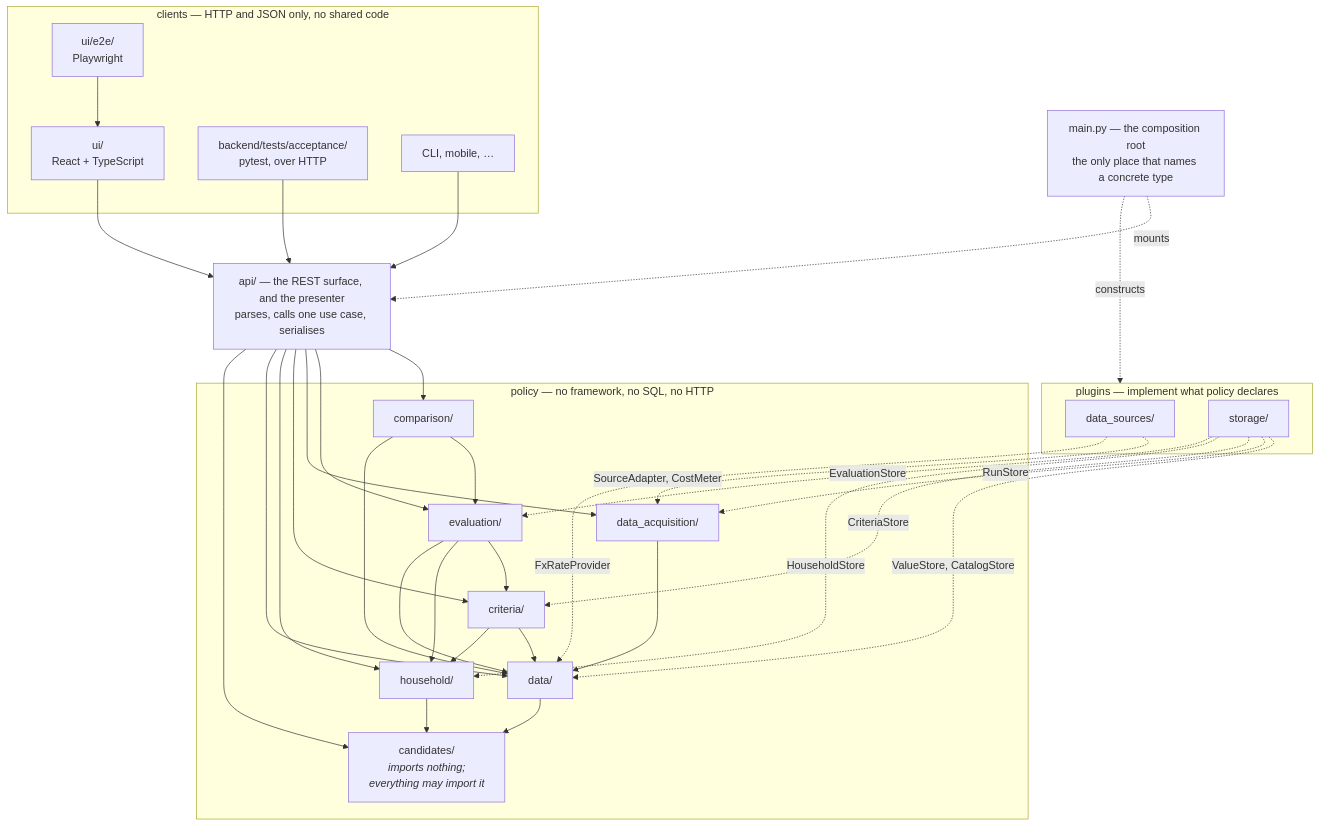
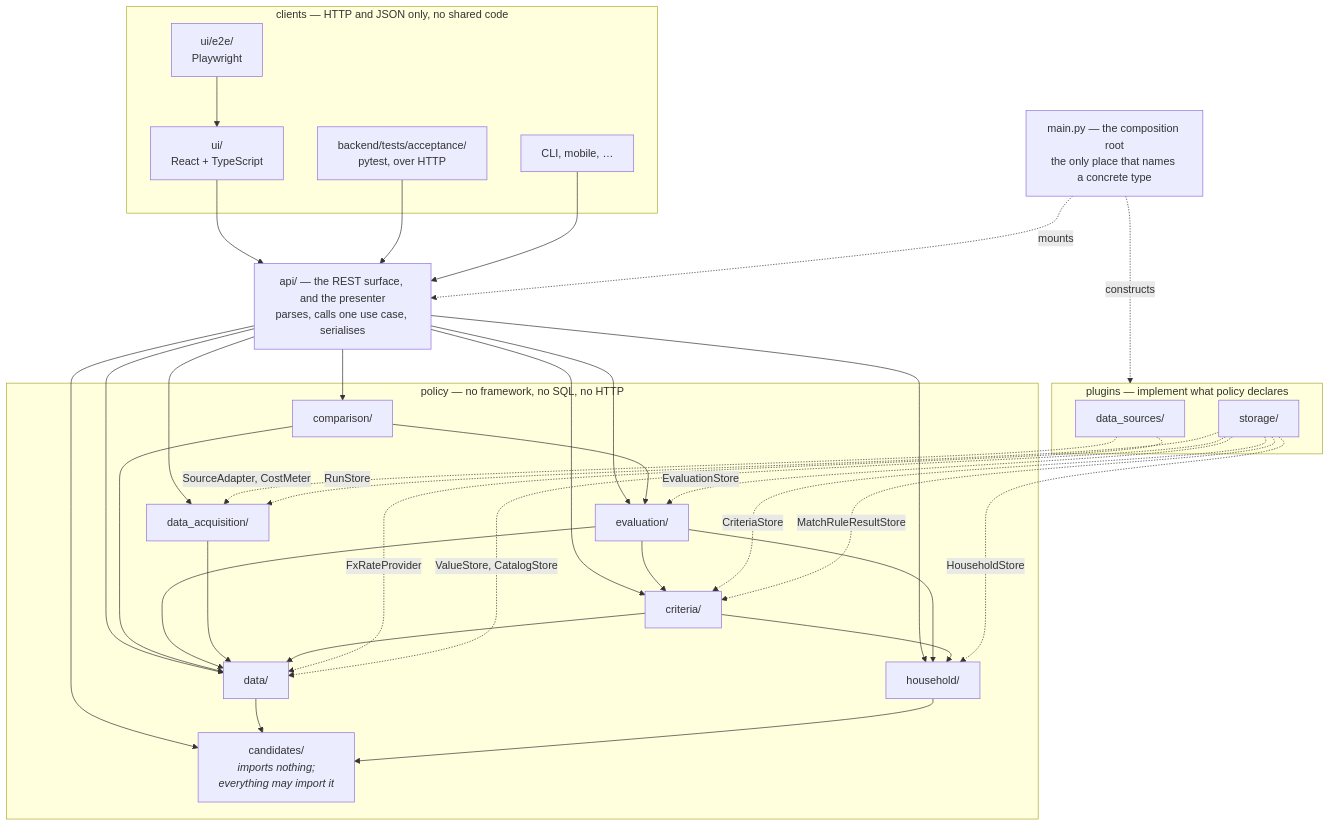
The diagram in docs/arch.md (alexmstancu/starnest), drawn with Mermaid before and after one commit. The commit also changed other lines of this file and 6 other files, not shown here.

````diff
--- a/docs/arch.md
+++ b/docs/arch.md
@@ -562,63 +562,64 @@
 ```mermaid
 flowchart TD
     subgraph clients["clients — HTTP and JSON only, no shared code"]
         browser["ui/<br/>React + TypeScript"]
         acceptance["backend/tests/acceptance/<br/>pytest, over HTTP"]
         e2e["ui/e2e/<br/>Playwright"]
         future["CLI, mobile, …"]
     end
 
     api["api/ — the REST surface, and the presenter<br/>parses, calls one use case, serialises"]
 
     subgraph policy["policy — no framework, no SQL, no HTTP"]
         comparison["comparison/"]
         evaluation["evaluation/"]
         data_acquisition["data_acquisition/"]
         criteria["criteria/"]
         household["household/"]
         data["data/"]
         candidates["candidates/<br/><i>imports nothing;<br/>everything may import it</i>"]
     end
 
     subgraph plugins["plugins — implement what policy declares"]
         data_sources["data_sources/"]
         storage["storage/"]
     end
 
     main["main.py — the composition root<br/>the only place that names a concrete type"]
 
     browser --> api
     acceptance --> api
     e2e --> browser
     future --> api
 
     api --> comparison
     api --> evaluation
     api --> data_acquisition
     api --> criteria
     api --> household
     api --> data
     api --> candidates
 
     comparison --> evaluation
     comparison --> data
     evaluation --> criteria
     evaluation --> household
     evaluation --> data
     data_acquisition --> data
     criteria --> data
     criteria --> household
     data --> candidates
     household --> candidates
 
     data_sources -. "SourceAdapter, CostMeter" .-> data_acquisition
     data_sources -. FxRateProvider .-> data
     storage -. "ValueStore, CatalogStore" .-> data
     storage -. RunStore .-> data_acquisition
     storage -. CriteriaStore .-> criteria
     storage -. HouseholdStore .-> household
     storage -. EvaluationStore .-> evaluation
+    storage -. MatchRuleResultStore .-> criteria
 
     main -. constructs .-> plugins
     main -. mounts .-> api
 ```
````
